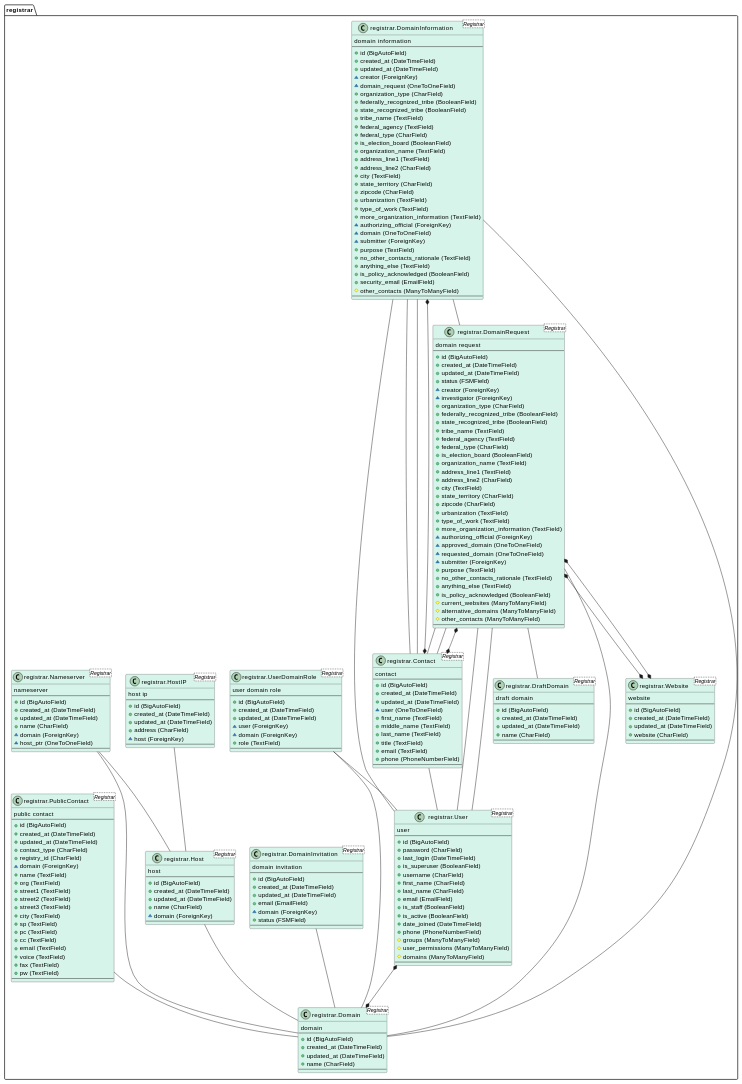
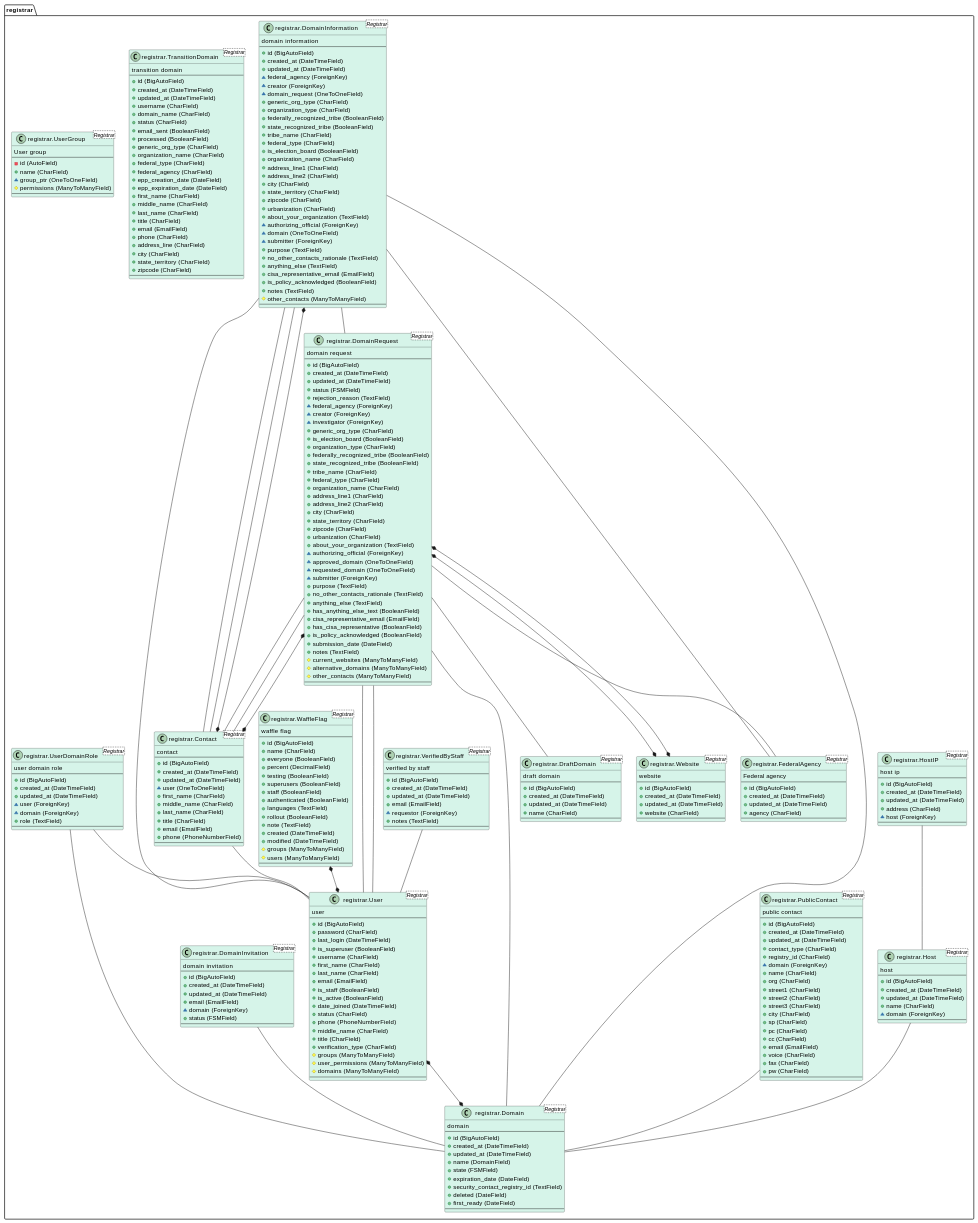
Before and after one commit to cisagov/manage.get.gov: the diagram in docs/architecture/diagrams/models_diagram.md, drawn with PlantUML. The commit also changed other lines of this file and 2 other files, not shown here.

````diff
--- a/docs/architecture/diagrams/models_diagram.md
+++ b/docs/architecture/diagrams/models_diagram.md
@@ -28,15 +38,95 @@
     + created_at (DateTimeField)
     + updated_at (DateTimeField)
     ~ user (OneToOneField)
-    + first_name (TextField)
-    + middle_name (TextField)
-    + last_name (TextField)
-    + title (TextField)
-    + email (TextField)
+    + first_name (CharField)
+    + middle_name (CharField)
+    + last_name (CharField)
+    + title (CharField)
+    + email (EmailField)
     + phone (PhoneNumberField)
     --
 }
 registrar.Contact -- registrar.User
+
+
+class "registrar.Host <Registrar>" as registrar.Host #d6f4e9 {
+    host
+    --
+    + id (BigAutoField)
+    + created_at (DateTimeField)
+    + updated_at (DateTimeField)
+    + name (CharField)
+    ~ domain (ForeignKey)
+    --
+}
+registrar.Host -- registrar.Domain
+
+
+class "registrar.HostIP <Registrar>" as registrar.HostIP #d6f4e9 {
+    host ip
+    --
+    + id (BigAutoField)
+    + created_at (DateTimeField)
+    + updated_at (DateTimeField)
+    + address (CharField)
+    ~ host (ForeignKey)
+    --
+}
+registrar.HostIP -- registrar.Host
+
+
+class "registrar.PublicContact <Registrar>" as registrar.PublicContact #d6f4e9 {
+    public contact
+    --
+    + id (BigAutoField)
+    + created_at (DateTimeField)
+    + updated_at (DateTimeField)
+    + contact_type (CharField)
+    + registry_id (CharField)
+    ~ domain (ForeignKey)
+    + name (CharField)
+    + org (CharField)
+    + street1 (CharField)
+    + street2 (CharField)
+    + street3 (CharField)
+    + city (CharField)
+    + sp (CharField)
+    + pc (CharField)
+    + cc (CharField)
+    + email (EmailField)
+    + voice (CharField)
+    + fax (CharField)
+    + pw (CharField)
+    --
+}
+registrar.PublicContact -- registrar.Domain
+
+
+class "registrar.Domain <Registrar>" as registrar.Domain #d6f4e9 {
+    domain
+    --
+    + id (BigAutoField)
+    + created_at (DateTimeField)
+    + updated_at (DateTimeField)
+    + name (DomainField)
+    + state (FSMField)
+    + expiration_date (DateField)
+    + security_contact_registry_id (TextField)
+    + deleted (DateField)
+    + first_ready (DateField)
+    --
+}
+
+
+class "registrar.FederalAgency <Registrar>" as registrar.FederalAgency #d6f4e9 {
+    Federal agency
+    --
+    + id (BigAutoField)
+    + created_at (DateTimeField)
+    + updated_at (DateTimeField)
+    + agency (CharField)
+    --
+}
 
 
 class "registrar.DomainRequest <Registrar>" as registrar.DomainRequest #d6f4e9 {
@@ -46,24 +136,25 @@
     + created_at (DateTimeField)
     + updated_at (DateTimeField)
     + status (FSMField)
+    + rejection_reason (TextField)
+    ~ federal_agency (ForeignKey)
     ~ creator (ForeignKey)
     ~ investigator (ForeignKey)
+    + generic_org_type (CharField)
+    + is_election_board (BooleanField)
     + organization_type (CharField)
     + federally_recognized_tribe (BooleanField)
     + state_recognized_tribe (BooleanField)
-    + tribe_name (TextField)
-    + federal_agency (TextField)
+    + tribe_name (CharField)
     + federal_type (CharField)
-    + is_election_board (BooleanField)
-    + organization_name (TextField)
-    + address_line1 (TextField)
+    + organization_name (CharField)
+    + address_line1 (CharField)
     + address_line2 (CharField)
-    + city (TextField)
+    + city (CharField)
     + state_territory (CharField)
     + zipcode (CharField)
-    + urbanization (TextField)
-    + type_of_work (TextField)
-    + more_organization_information (TextField)
+    + urbanization (CharField)
+    + about_your_organization (TextField)
     ~ authorizing_official (ForeignKey)
     ~ approved_domain (OneToOneField)
     ~ requested_domain (OneToOneField)
@@ -71,17 +162,23 @@
     + purpose (TextField)
     + no_other_contacts_rationale (TextField)
     + anything_else (TextField)
+    + has_anything_else_text (BooleanField)
+    + cisa_representative_email (EmailField)
+    + has_cisa_representative (BooleanField)
     + is_policy_acknowledged (BooleanField)
+    + submission_date (DateField)
+    + notes (TextField)
     # current_websites (ManyToManyField)
     # alternative_domains (ManyToManyField)
     # other_contacts (ManyToManyField)
     --
 }
+registrar.DomainRequest -- registrar.FederalAgency
 registrar.DomainRequest -- registrar.User
 registrar.DomainRequest -- registrar.User
 registrar.DomainRequest -- registrar.Contact
+registrar.DomainRequest -- registrar.Domain
 registrar.DomainRequest -- registrar.DraftDomain
-registrar.DomainRequest -- registrar.Domain
 registrar.DomainRequest -- registrar.Contact
 registrar.DomainRequest *--* registrar.Website
 registrar.DomainRequest *--* registrar.Website
@@ -94,35 +191,37 @@
     + id (BigAutoField)
     + created_at (DateTimeField)
     + updated_at (DateTimeField)
+    ~ federal_agency (ForeignKey)
     ~ creator (ForeignKey)
     ~ domain_request (OneToOneField)
+    + generic_org_type (CharField)
     + organization_type (CharField)
     + federally_recognized_tribe (BooleanField)
     + state_recognized_tribe (BooleanField)
-    + tribe_name (TextField)
-    + federal_agency (TextField)
+    + tribe_name (CharField)
     + federal_type (CharField)
     + is_election_board (BooleanField)
-    + organization_name (TextField)
-    + address_line1 (TextField)
+    + organization_name (CharField)
+    + address_line1 (CharField)
     + address_line2 (CharField)
-    + city (TextField)
+    + city (CharField)
     + state_territory (CharField)
     + zipcode (CharField)
-    + urbanization (TextField)
-    + type_of_work (TextField)
-    + more_organization_information (TextField)
+    + urbanization (CharField)
+    + about_your_organization (TextField)
     ~ authorizing_official (ForeignKey)
     ~ domain (OneToOneField)
     ~ submitter (ForeignKey)
     + purpose (TextField)
     + no_other_contacts_rationale (TextField)
     + anything_else (TextField)
+    + cisa_representative_email (EmailField)
     + is_policy_acknowledged (BooleanField)
-    + security_email (EmailField)
+    + notes (TextField)
     # other_contacts (ManyToManyField)
     --
 }
+registrar.DomainInformation -- registrar.FederalAgency
 registrar.DomainInformation -- registrar.User
 registrar.DomainInformation -- registrar.DomainRequest
 registrar.DomainInformation -- registrar.Contact
@@ -140,43 +239,6 @@
     + name (CharField)
     --
 }
-
-
-class "registrar.Domain <Registrar>" as registrar.Domain #d6f4e9 {
-    domain
-    --
-    + id (BigAutoField)
-    + created_at (DateTimeField)
-    + updated_at (DateTimeField)
-    + name (CharField)
-    --
-}
-
-
-class "registrar.HostIP <Registrar>" as registrar.HostIP #d6f4e9 {
-    host ip
-    --
-    + id (BigAutoField)
-    + created_at (DateTimeField)
-    + updated_at (DateTimeField)
-    + address (CharField)
-    ~ host (ForeignKey)
-    --
-}
-registrar.HostIP -- registrar.Host
-
-
-class "registrar.Host <Registrar>" as registrar.Host #d6f4e9 {
-    host
-    --
-    + id (BigAutoField)
-    + created_at (DateTimeField)
-    + updated_at (DateTimeField)
-    + name (CharField)
-    ~ domain (ForeignKey)
-    --
-}
-registrar.Host -- registrar.Domain
 
 
 class "registrar.UserDomainRole <Registrar>" as registrar.UserDomainRole #d6f4e9 {
@@ -208,47 +270,49 @@
 registrar.DomainInvitation -- registrar.Domain
 
 
-class "registrar.Nameserver <Registrar>" as registrar.Nameserver #d6f4e9 {
-    nameserver
+class "registrar.TransitionDomain <Registrar>" as registrar.TransitionDomain #d6f4e9 {
+    transition domain
     --
     + id (BigAutoField)
     + created_at (DateTimeField)
     + updated_at (DateTimeField)
-    + name (CharField)
-    ~ domain (ForeignKey)
-    ~ host_ptr (OneToOneField)
+    + username (CharField)
+    + domain_name (CharField)
+    + status (CharField)
+    + email_sent (BooleanField)
+    + processed (BooleanField)
+    + generic_org_type (CharField)
+    + organization_name (CharField)
+    + federal_type (CharField)
+    + federal_agency (CharField)
+    + epp_creation_date (DateField)
+    + epp_expiration_date (DateField)
+    + first_name (CharField)
+    + middle_name (CharField)
+    + last_name (CharField)
+    + title (CharField)
+    + email (EmailField)
+    + phone (CharField)
+    + address_line (CharField)
+    + city (CharField)
+    + state_territory (CharField)
+    + zipcode (CharField)
     --
 }
-registrar.Nameserver -- registrar.Domain
-registrar.Nameserver -- registrar.Host
 
 
-class "registrar.PublicContact <Registrar>" as registrar.PublicContact #d6f4e9 {
-    public contact
+class "registrar.VerifiedByStaff <Registrar>" as registrar.VerifiedByStaff #d6f4e9 {
+    verified by staff
     --
     + id (BigAutoField)
     + created_at (DateTimeField)
     + updated_at (DateTimeField)
-    + contact_type (CharField)
-    + registry_id (CharField)
-    ~ domain (ForeignKey)
-    + name (TextField)
-    + org (TextField)
-    + street1 (TextField)
-    + street2 (TextField)
-    + street3 (TextField)
-    + city (TextField)
-    + sp (TextField)
-    + pc (TextField)
-    + cc (TextField)
-    + email (TextField)
-    + voice (TextField)
-    + fax (TextField)
-    + pw (TextField)
+    + email (EmailField)
+    ~ requestor (ForeignKey)
+    + notes (TextField)
     --
 }
-
-registrar.PublicContact -- registrar.Domain
+registrar.VerifiedByStaff -- registrar.User
 
 
 class "registrar.User <Registrar>" as registrar.User #d6f4e9 {
@@ -265,13 +329,28 @@
     + is_staff (BooleanField)
     + is_active (BooleanField)
     + date_joined (DateTimeField)
+    + status (CharField)
     + phone (PhoneNumberField)
+    + middle_name (CharField)
+    + title (CharField)
+    + verification_type (CharField)
     # groups (ManyToManyField)
     # user_permissions (ManyToManyField)
     # domains (ManyToManyField)
     --
 }
 registrar.User *--* registrar.Domain
+
+
+class "registrar.UserGroup <Registrar>" as registrar.UserGroup #d6f4e9 {
+    User group
+    --
+    - id (AutoField)
+    + name (CharField)
+    ~ group_ptr (OneToOneField)
+    # permissions (ManyToManyField)
+    --
+}
 
 
 class "registrar.Website <Registrar>" as registrar.Website #d6f4e9 {
@@ -285,5 +364,28 @@
 }
 
 
+class "registrar.WaffleFlag <Registrar>" as registrar.WaffleFlag #d6f4e9 {
+    waffle flag
+    --
+    + id (BigAutoField)
+    + name (CharField)
+    + everyone (BooleanField)
+    + percent (DecimalField)
+    + testing (BooleanField)
+    + superusers (BooleanField)
+    + staff (BooleanField)
+    + authenticated (BooleanField)
+    + languages (TextField)
+    + rollout (BooleanField)
+    + note (TextField)
+    + created (DateTimeField)
+    + modified (DateTimeField)
+    # groups (ManyToManyField)
+    # users (ManyToManyField)
+    --
+}
+registrar.WaffleFlag *--* registrar.User
+
+
 @enduml
 ```
````
